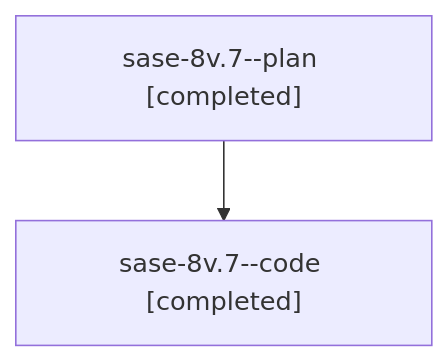
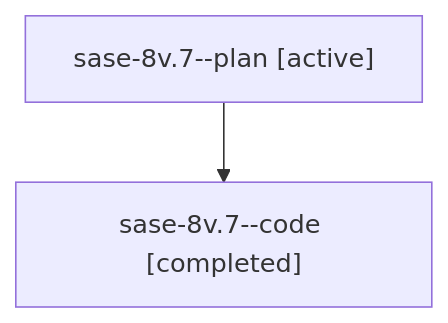
The diagram in families/bbugyi200.athena.sase-8v.7.md (sase-org/sase--agents), drawn with Mermaid before and after one commit. The commit also changed other lines of this file and 8679 other files, not shown here.

````diff
--- a/families/bbugyi200.athena.sase-8v.7.md
+++ b/families/bbugyi200.athena.sase-8v.7.md
@@ -9,6 +9,6 @@
 ```mermaid
 flowchart TD
-  n0["sase-8v.7--plan [completed]"]
+  n0["sase-8v.7--plan [active]"]
   n1["sase-8v.7--code [completed]"]
   n0 --> n1
 ```
````
